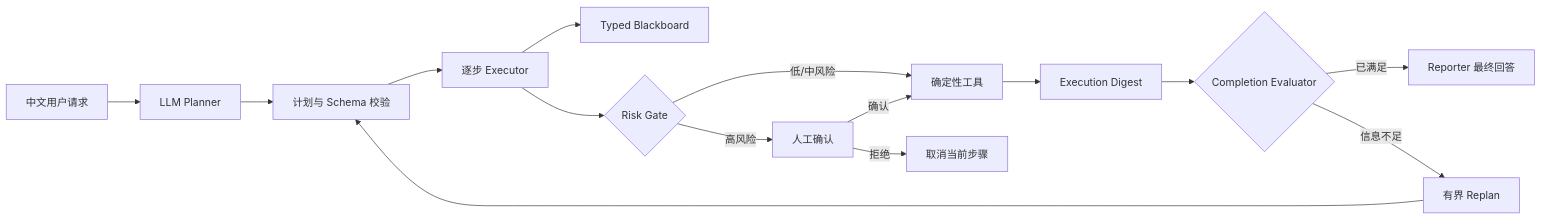
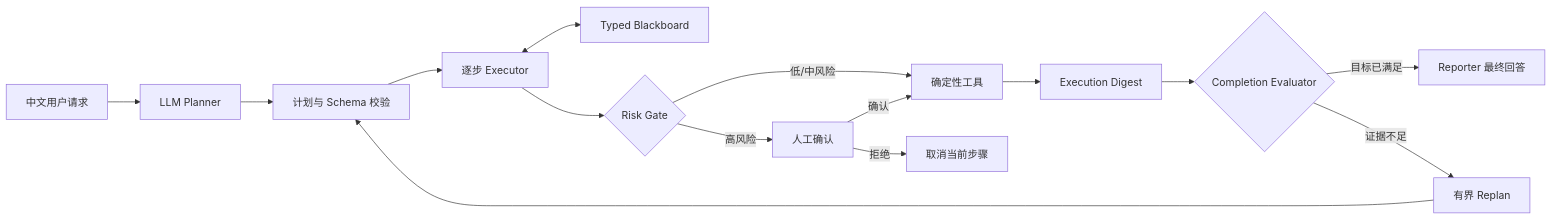
The diagram in README.md (domino-xue/drivescene-agent), drawn with Mermaid before and after one commit. The commit also changed other lines of this file and 1 other file, not shown here.

````diff
--- a/README.md
+++ b/README.md
@@ -27,17 +54,17 @@
 ```mermaid
 flowchart LR
     U[中文用户请求] --> P[LLM Planner]
     P --> V[计划与 Schema 校验]
     V --> E[逐步 Executor]
-    E --> B[Typed Blackboard]
+    E <--> B[Typed Blackboard]
     E --> R{Risk Gate}
     R -->|低/中风险| T[确定性工具]
     R -->|高风险| H[人工确认]
     H -->|确认| T
     H -->|拒绝| C[取消当前步骤]
     T --> D[Execution Digest]
     D --> Q{Completion Evaluator}
-    Q -->|已满足| O[Reporter 最终回答]
-    Q -->|信息不足| P2[有界 Replan]
-    P2 --> V
+    Q -->|目标已满足| O[Reporter 最终回答]
+    Q -->|证据不足| RP[有界 Replan]
+    RP --> V
 ```
````
